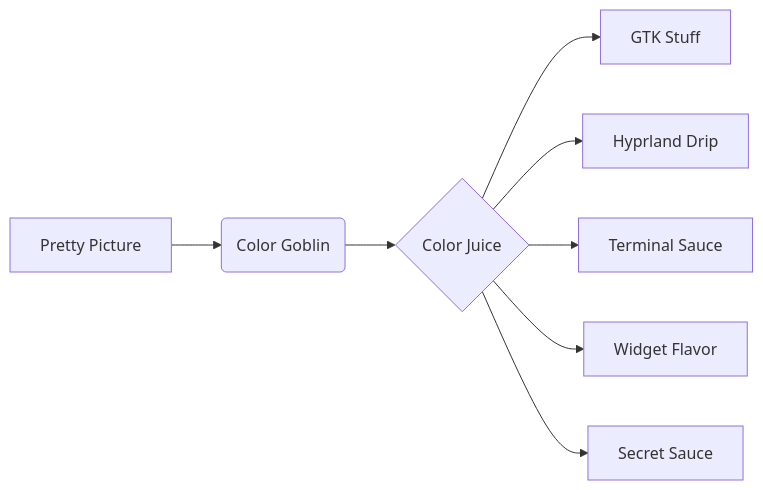
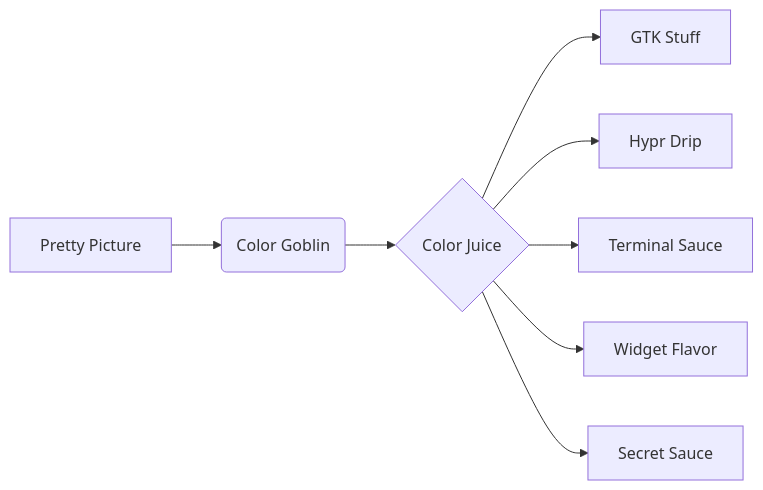
One commit to BnSplits/Bn-Dotfiles changed the diagram in Readme.md. Above: the diagram before and after it, drawn with Mermaid. The commit also changed 2 other files, not shown here.

Commit message:
Gitingnore update

````diff
--- a/Readme.md
+++ b/Readme.md
@@ -63,10 +63,10 @@
 ```mermaid
 graph LR
   A[Pretty Picture] --> B(Color Goblin)
   B --> C{Color Juice}
   C --> D[GTK Stuff]
-  C --> E[Hyprland Drip]
+  C --> E[Hypr Drip]
   C --> F[Terminal Sauce]
   C --> G[Widget Flavor]
   C --> H[Secret Sauce]
 ```
````
